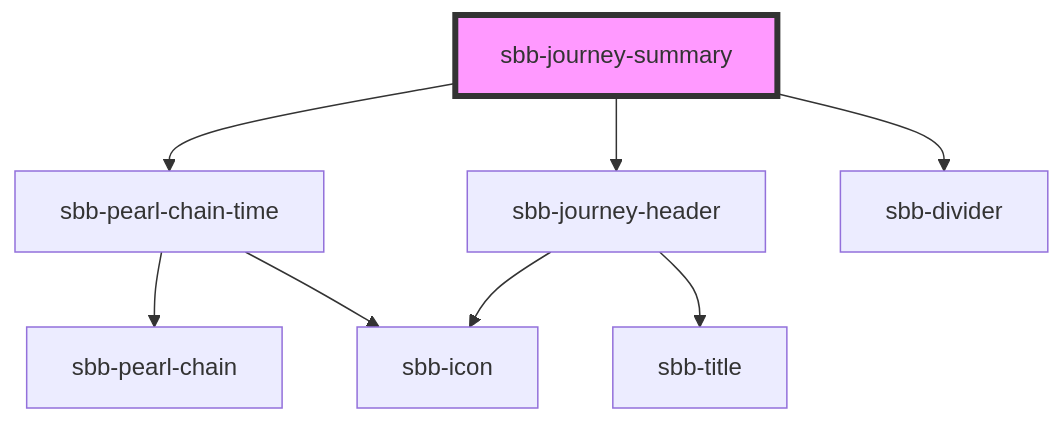
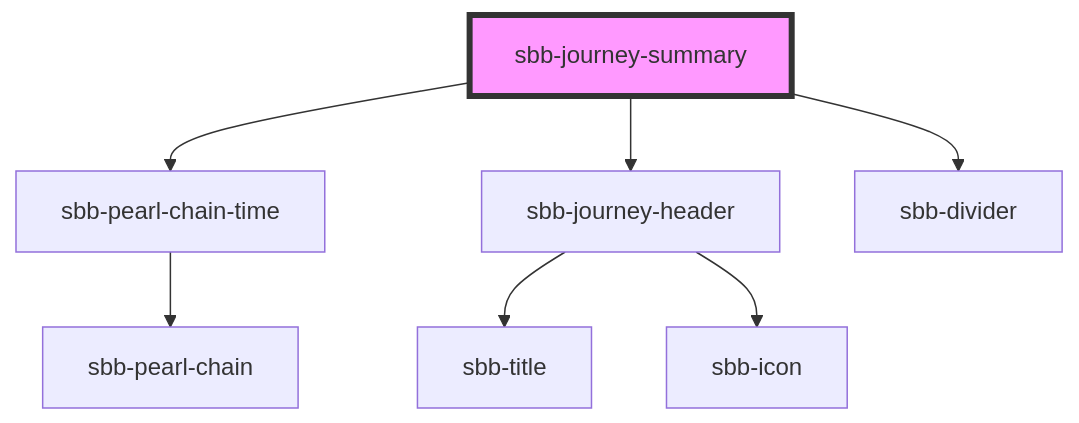
Before and after one commit to sbb-design-systems/lyne-components: the diagram in src/components/sbb-journey-summary/readme.md, drawn with Mermaid. The commit also changed 210 other files, not shown here.

````diff
--- a/src/components/sbb-journey-summary/readme.md
+++ b/src/components/sbb-journey-summary/readme.md
@@ -34,11 +34,10 @@
 ```mermaid
 graph TD;
   sbb-journey-summary --> sbb-pearl-chain-time
   sbb-journey-summary --> sbb-journey-header
   sbb-journey-summary --> sbb-divider
   sbb-pearl-chain-time --> sbb-pearl-chain
-  sbb-pearl-chain-time --> sbb-icon
   sbb-journey-header --> sbb-title
   sbb-journey-header --> sbb-icon
   style sbb-journey-summary fill:#f9f,stroke:#333,stroke-width:4px
 ```
````
